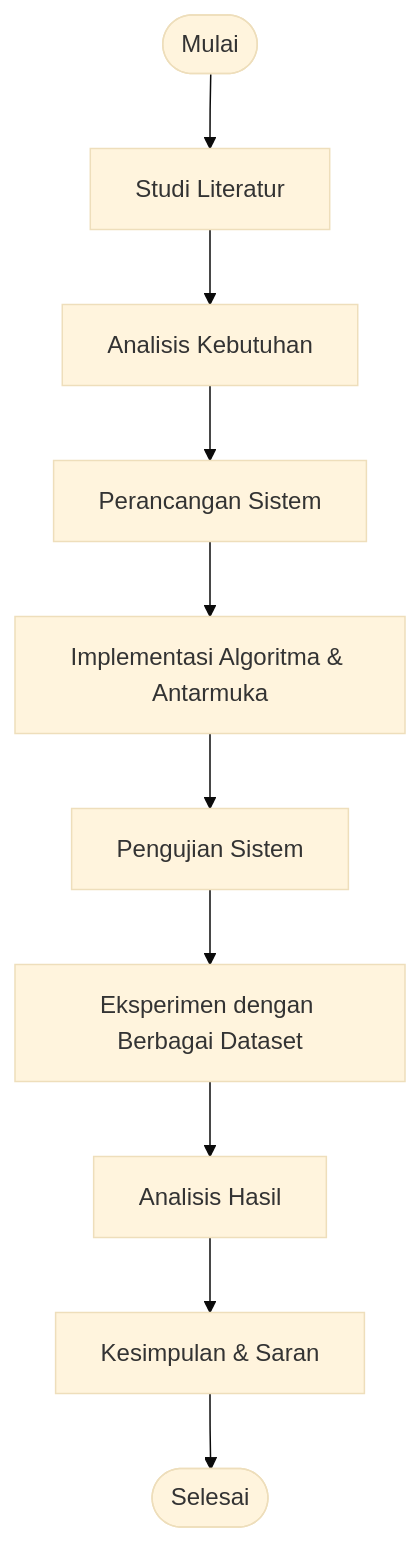
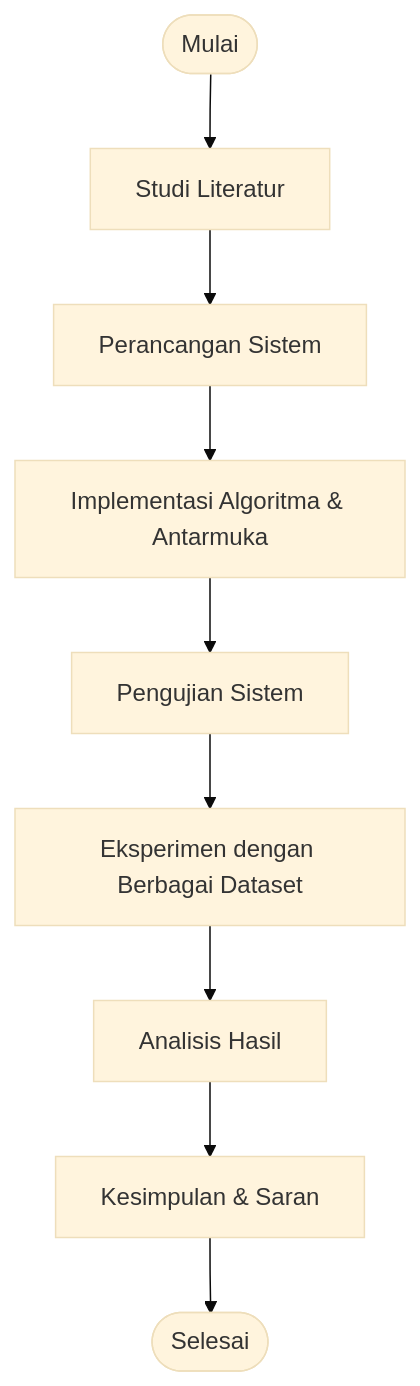
The first of 2 diagrams in README.md (dimasbajuri/tsp-project-metaheuristic), drawn with Mermaid (base theme) before and after one commit.

````diff
--- a/README.md
+++ b/README.md
@@ -179,12 +179,11 @@
 ```mermaid
 flowchart TD
     A([Mulai]) --> B[Studi Literatur]
-    B --> C[Analisis Kebutuhan]
-    C --> D[Perancangan Sistem]
-    D --> E[Implementasi Algoritma & Antarmuka]
-    E --> F[Pengujian Sistem]
-    F --> G[Eksperimen dengan Berbagai Dataset]
-    G --> H[Analisis Hasil]
-    H --> I[Kesimpulan & Saran]
-    I --> J([Selesai])
+    B --> C[Perancangan Sistem]
+    C --> D[Implementasi Algoritma & Antarmuka]
+    D --> E[Pengujian Sistem]
+    E --> F[Eksperimen dengan Berbagai Dataset]
+    F --> G[Analisis Hasil]
+    G --> H[Kesimpulan & Saran]
+    H --> I([Selesai])
 ```
````
